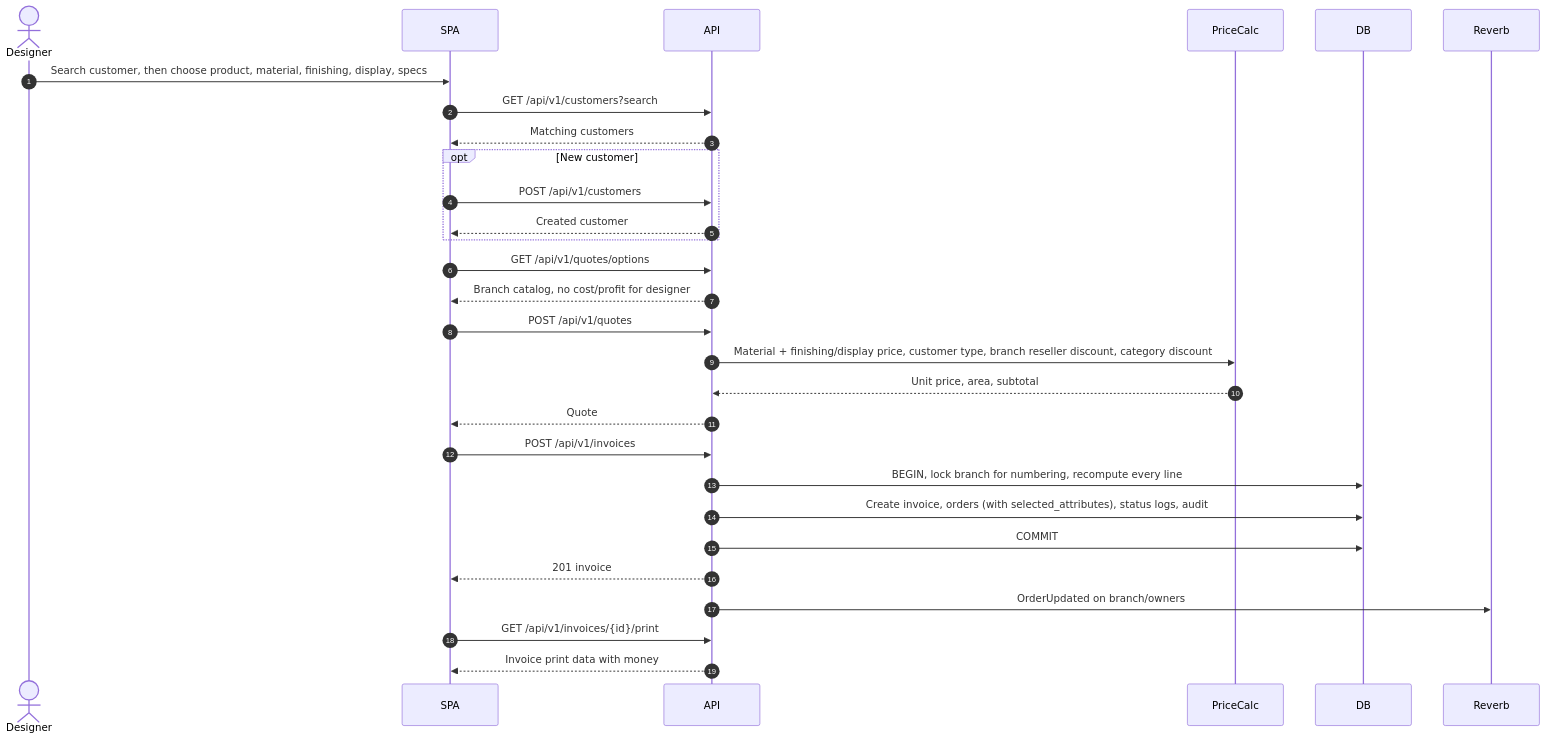
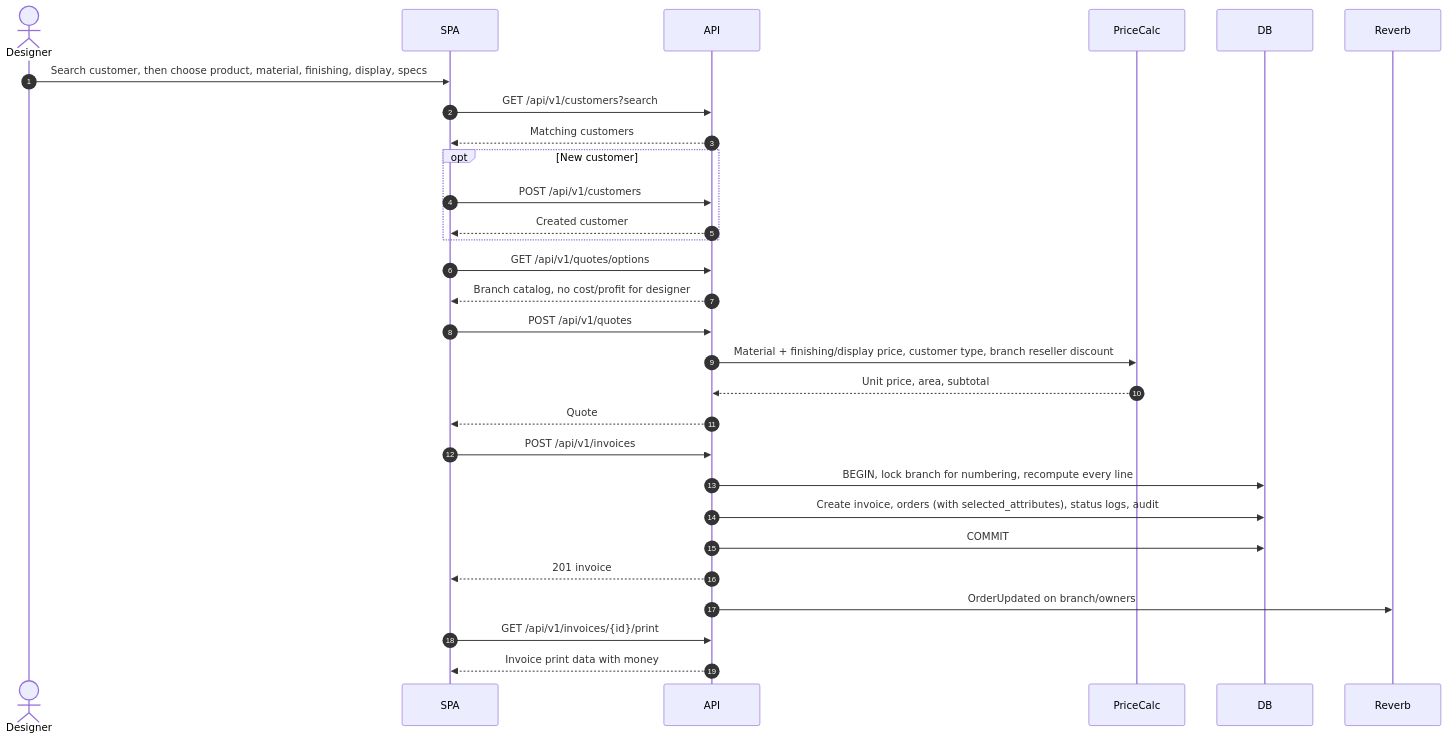
The fifth of 22 diagrams in docs/architecture/sequence-diagrams.md (Arukast/pos_alja), drawn with Mermaid before and after one commit. The commit also changed other lines of this file and 12 other files, not shown here.

````diff
--- a/docs/architecture/sequence-diagrams.md
+++ b/docs/architecture/sequence-diagrams.md
@@ -112,32 +122,32 @@
 ```mermaid
 sequenceDiagram
     autonumber
     actor D as Designer
     participant SPA
     participant API
     participant PriceCalc
     participant DB
     participant R as Reverb
 
     D->>SPA: Search customer, then choose product, material, finishing, display, specs
     SPA->>API: GET /api/v1/customers?search
     API-->>SPA: Matching customers
     opt New customer
         SPA->>API: POST /api/v1/customers
         API-->>SPA: Created customer
     end
     SPA->>API: GET /api/v1/quotes/options
     API-->>SPA: Branch catalog, no cost/profit for designer
     SPA->>API: POST /api/v1/quotes
-    API->>PriceCalc: Material + finishing/display price, customer type, branch reseller discount, category discount
+    API->>PriceCalc: Material + finishing/display price, customer type, branch reseller discount
     PriceCalc-->>API: Unit price, area, subtotal
     API-->>SPA: Quote
     SPA->>API: POST /api/v1/invoices
     API->>DB: BEGIN, lock branch for numbering, recompute every line
     API->>DB: Create invoice, orders (with selected_attributes), status logs, audit
     API->>DB: COMMIT
     API-->>SPA: 201 invoice
     API->>R: OrderUpdated on branch/owners
     SPA->>API: GET /api/v1/invoices/{id}/print
     API-->>SPA: Invoice print data with money
 ```
````
